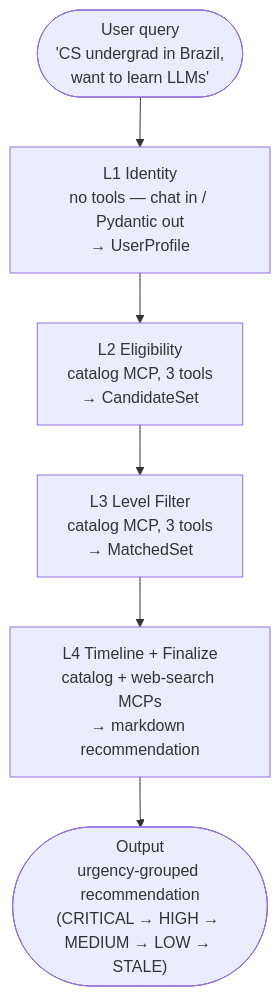
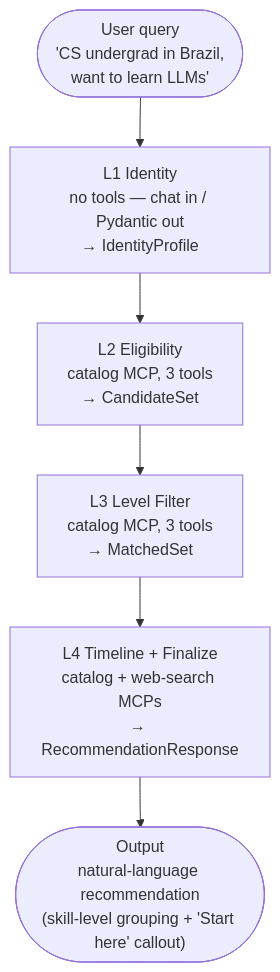
The diagram in README.md (kannch8765/lumi), drawn with Mermaid before and after one commit. The commit also changed other lines of this file, not shown here.

````diff
--- a/README.md
+++ b/README.md
@@ -46,11 +47,11 @@
 ```mermaid
 flowchart TD
     User(["User query<br/>'CS undergrad in Brazil,<br/>want to learn LLMs'"])
-    L1["L1 Identity<br/>no tools — chat in / Pydantic out<br/>→ UserProfile"]
+    L1["L1 Identity<br/>no tools — chat in / Pydantic out<br/>→ IdentityProfile"]
     L2["L2 Eligibility<br/>catalog MCP, 3 tools<br/>→ CandidateSet"]
     L3["L3 Level Filter<br/>catalog MCP, 3 tools<br/>→ MatchedSet"]
-    L4["L4 Timeline + Finalize<br/>catalog + web-search MCPs<br/>→ markdown recommendation"]
-    Output(["Output<br/>urgency-grouped recommendation<br/>(CRITICAL → HIGH → MEDIUM → LOW → STALE)"])
+    L4["L4 Timeline + Finalize<br/>catalog + web-search MCPs<br/>→ RecommendationResponse"]
+    Output(["Output<br/>natural-language recommendation<br/>(skill-level grouping + 'Start here' callout)"])
 
     User --> L1 --> L2 --> L3 --> L4 --> Output
 ```
````
